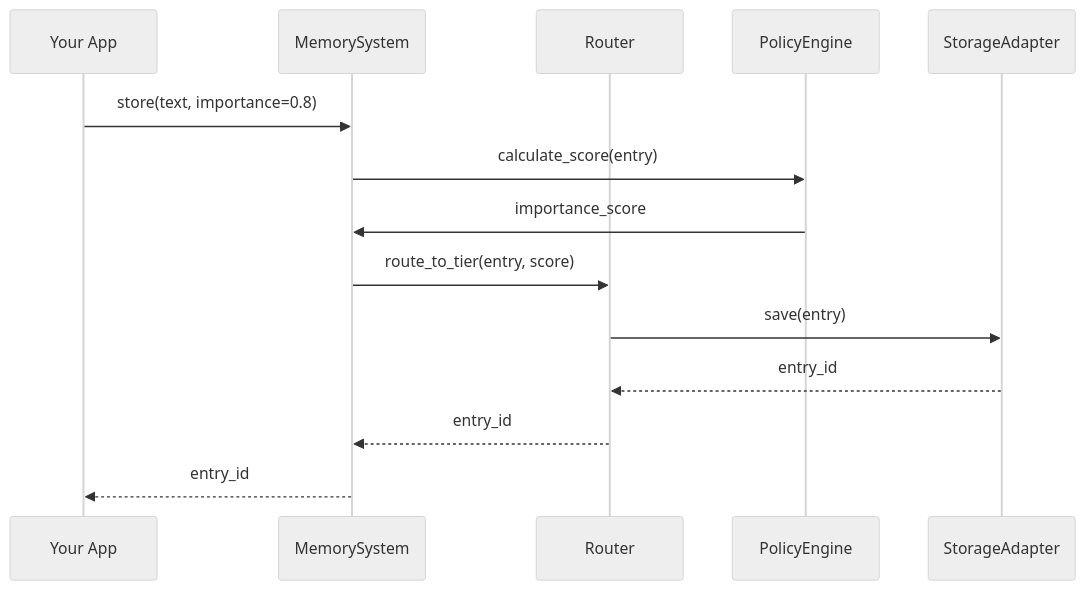
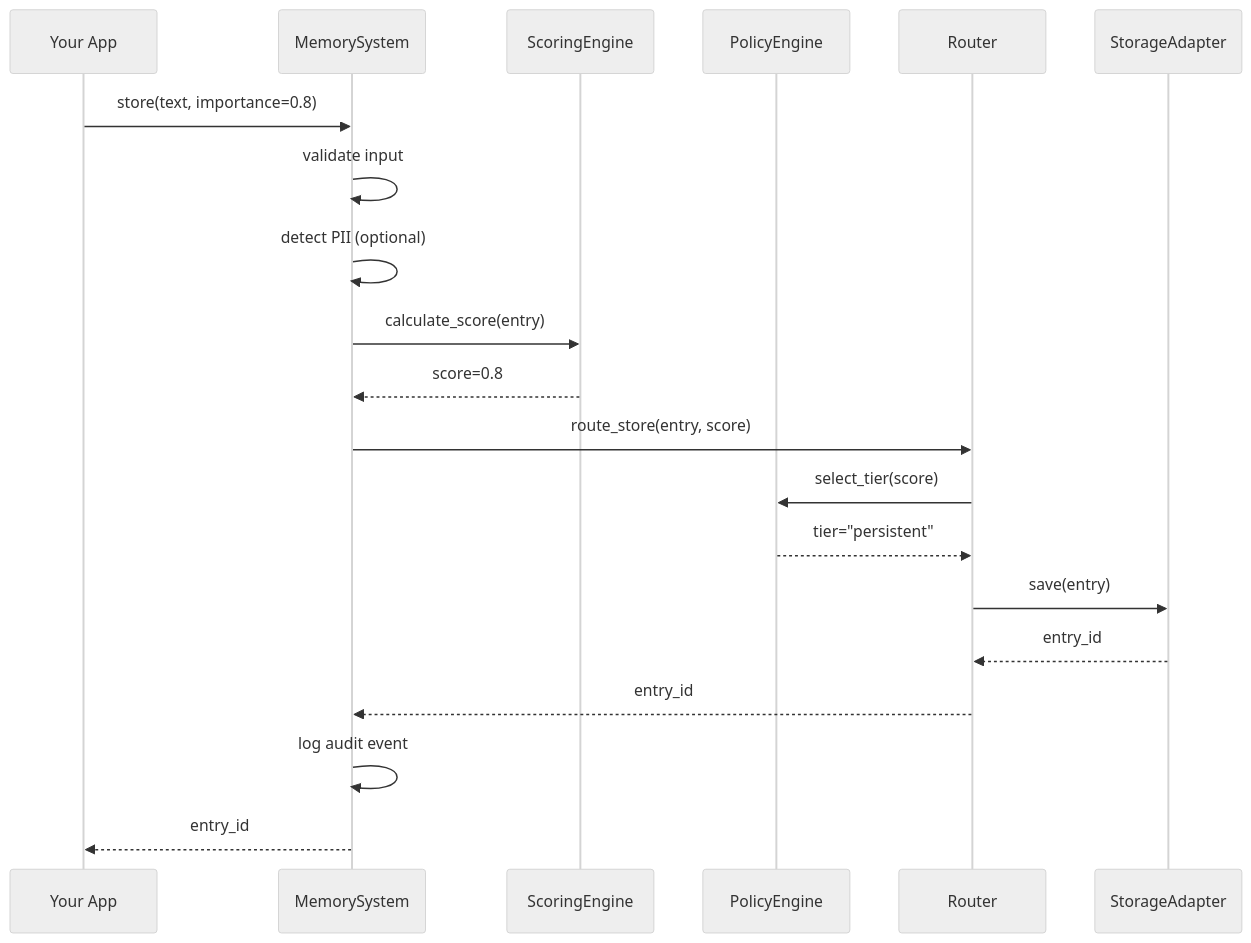
One commit to saranmahadev/Axon changed the third of 5 diagrams in docs/concepts/overview.md. Above: the diagram before and after it, drawn with Mermaid (neutral theme). The commit also changed other lines of this file and 44 other files, not shown here.

````diff
--- a/docs/concepts/overview.md
+++ b/docs/concepts/overview.md
@@ -16,17 +208,23 @@
 ```mermaid
 sequenceDiagram
     participant App as Your App
     participant MS as MemorySystem
+    participant SE as ScoringEngine
+    participant PE as PolicyEngine
     participant Router as Router
-    participant PE as PolicyEngine
     participant Adapter as StorageAdapter
-
+    
     App->>MS: store(text, importance=0.8)
-    MS->>PE: calculate_score(entry)
-    PE->>MS: importance_score
-    MS->>Router: route_to_tier(entry, score)
+    MS->>MS: validate input
+    MS->>MS: detect PII (optional)
+    MS->>SE: calculate_score(entry)
+    SE-->>MS: score=0.8
+    MS->>Router: route_store(entry, score)
+    Router->>PE: select_tier(score)
+    PE-->>Router: tier="persistent"
     Router->>Adapter: save(entry)
     Adapter-->>Router: entry_id
     Router-->>MS: entry_id
+    MS->>MS: log audit event
     MS-->>App: entry_id
 ```
````
